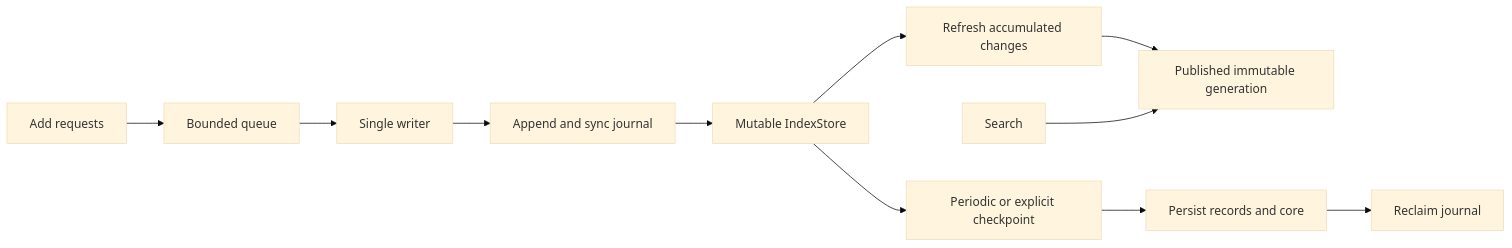
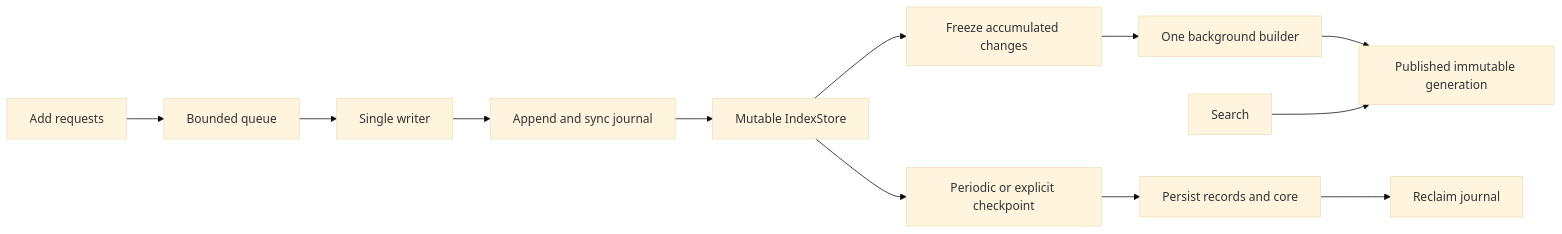
Before and after one commit to RooAGI/Lint-AI: the diagram in docs/index-concurrency.md, drawn with Mermaid (base theme). The commit also changed other lines of this file and 73 other files, not shown here.

````diff
--- a/docs/index-concurrency.md
+++ b/docs/index-concurrency.md
@@ -29,13 +33,14 @@
 ```mermaid
 flowchart LR
     A[Add requests] --> Q[Bounded queue]
     Q --> W[Single writer]
     W --> J[Append and sync journal]
     J --> M[Mutable IndexStore]
-    M --> R[Refresh accumulated changes]
-    R --> S[Published immutable generation]
+    M --> R[Freeze accumulated changes]
+    R --> B[One background builder]
+    B --> S[Published immutable generation]
     Search --> S
     M --> C[Periodic or explicit checkpoint]
     C --> D[Persist records and core]
     D --> T[Reclaim journal]
 ```
````
